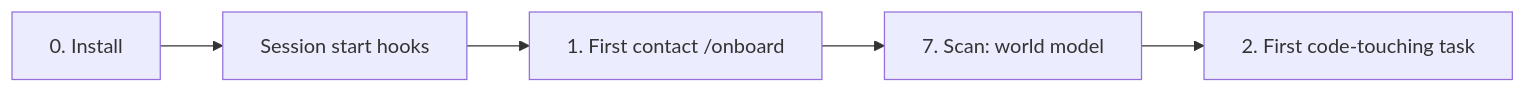
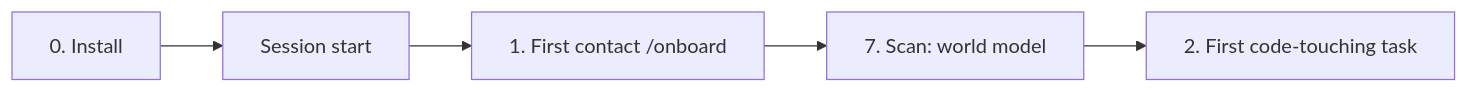
Before and after one commit to trustmybot/plugin: the diagram in docs/architecture/FLOWS.md, drawn with Mermaid. The commit also changed other lines of this file and 5 other files, not shown here.

First line of the commit message:
📝 docs(flows): slim FLOWS.md to design level (GH 3070) (#3078)

````diff
--- a/docs/architecture/FLOWS.md
+++ b/docs/architecture/FLOWS.md
@@ -97,7 +74,7 @@
 ```mermaid
 flowchart LR
-    I[0. Install] --> S[Session start hooks]
+    I[0. Install] --> S[Session start]
     S --> F[1. First contact /onboard]
     F --> W[7. Scan: world model]
     W --> T[2. First code-touching task]
 ```
````
